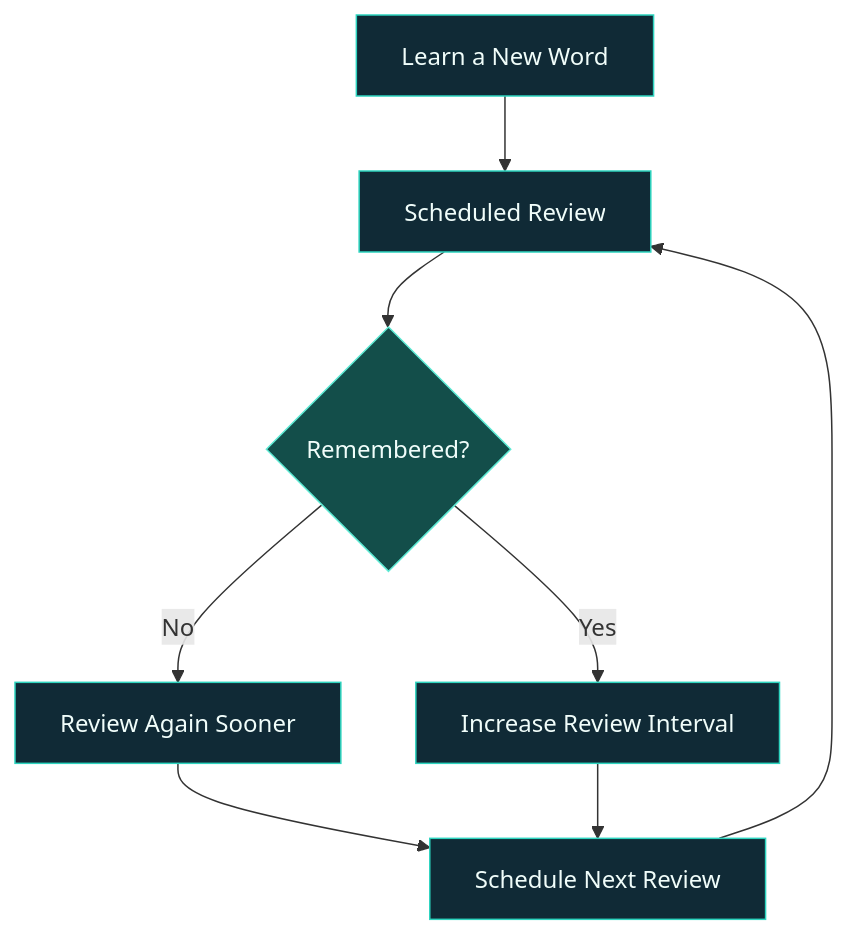
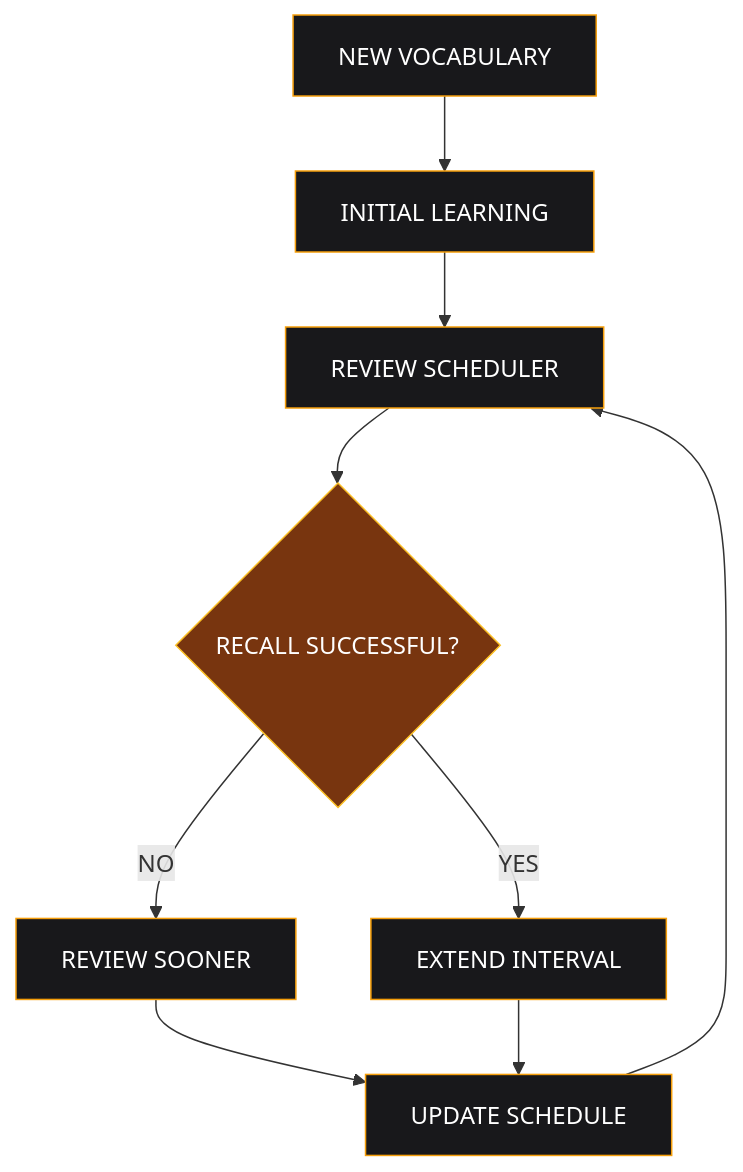
The second of 2 diagrams in README.md (Talha0708/Talha0708), drawn with Mermaid before and after one commit. The commit also changed other lines of this file, not shown here.

````diff
--- a/README.md
+++ b/README.md
@@ -159,17 +193,19 @@
 ```mermaid
 flowchart TD
-    A["Learn a New Word"] --> B["Scheduled Review"]
-    B --> C{"Remembered?"}
-    C -->|No| D["Review Again Sooner"]
-    C -->|Yes| E["Increase Review Interval"]
-    D --> F["Schedule Next Review"]
-    E --> F
-    F --> B
+    A["NEW VOCABULARY"] --> B["INITIAL LEARNING"]
+    B --> C["REVIEW SCHEDULER"]
+    C --> D{"RECALL SUCCESSFUL?"}
+    D -->|NO| E["REVIEW SOONER"]
+    D -->|YES| F["EXTEND INTERVAL"]
+    E --> G["UPDATE SCHEDULE"]
+    F --> G
+    G --> C
 
-    style A fill:#102A36,stroke:#2DD4BF,color:#F0FDFA
-    style B fill:#102A36,stroke:#2DD4BF,color:#F0FDFA
-    style C fill:#134E4A,stroke:#5EEAD4,color:#F0FDFA
-    style D fill:#102A36,stroke:#2DD4BF,color:#F0FDFA
-    style E fill:#102A36,stroke:#2DD4BF,color:#F0FDFA
-    style F fill:#102A36,stroke:#2DD4BF,color:#F0FDFA
+    style A fill:#18181B,stroke:#F59E0B,color:#fff
+    style B fill:#18181B,stroke:#F59E0B,color:#fff
+    style C fill:#18181B,stroke:#F59E0B,color:#fff
+    style D fill:#78350F,stroke:#FBBF24,color:#fff
+    style E fill:#18181B,stroke:#F59E0B,color:#fff
+    style F fill:#18181B,stroke:#F59E0B,color:#fff
+    style G fill:#18181B,stroke:#F59E0B,color:#fff
 ```
````
